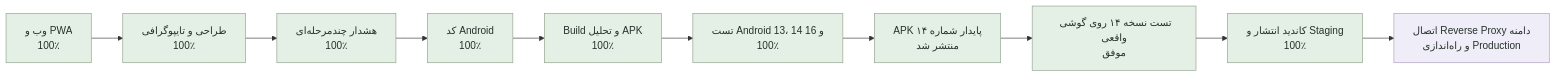
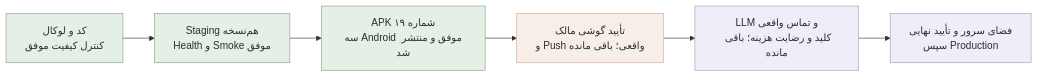
The diagram in PROJECT_STATUS.md (tparkhondeh/personalAgent), drawn with Mermaid before and after one commit. The commit also changed other lines of this file and 5 other files, not shown here.

````diff
--- a/PROJECT_STATUS.md
+++ b/PROJECT_STATUS.md
@@ -18,20 +18,15 @@
 ```mermaid
 flowchart LR
-    A[وب و PWA<br/>100٪] --> B[طراحی و تایپوگرافی<br/>100٪]
-    B --> C[هشدار چندمرحله‌ای<br/>100٪]
-    C --> D[کد Android<br/>100٪]
-    D --> E[Build و تحلیل APK<br/>100٪]
-    E --> H[تست Android 13، 14 و 16<br/>100٪]
-    H --> I[APK پایدار شماره ۱۴<br/>منتشر شد]
-    I --> G[تست نسخه ۱۴ روی گوشی واقعی<br/>موفق]
-    G --> J[کاندید انتشار و Staging<br/>100٪]
-    J --> F[اتصال Reverse Proxy دامنه<br/>و راه‌اندازی Production]
+    A[کد و لوکال<br/>کنترل کیفیت موفق] --> B[Staging هم‌نسخه<br/>Health و Smoke موفق]
+    B --> C[APK شماره ۱۹<br/>سه Android موفق و منتشر شد]
+    C --> D[تأیید گوشی مالک<br/>و Push واقعی؛ باقی مانده]
+    D --> E[LLM و تماس واقعی<br/>کلید و رضایت هزینه؛ باقی مانده]
+    E --> F[فضای سرور و تأیید نهایی<br/>سپس Production]
 
     classDef done fill:#e4f0e5,stroke:#8ca088,color:#26312c;
     classDef active fill:#f8eee8,stroke:#d7a98f,color:#26312c;
     classDef pending fill:#efedf7,stroke:#aa9dbc,color:#26312c;
-    class A,B,H,I,J done;
-    class C,D,E done;
-    class G done;
-    class F pending;
+    class A,B,C done;
+    class D active;
+    class E,F pending;
 ```
````
